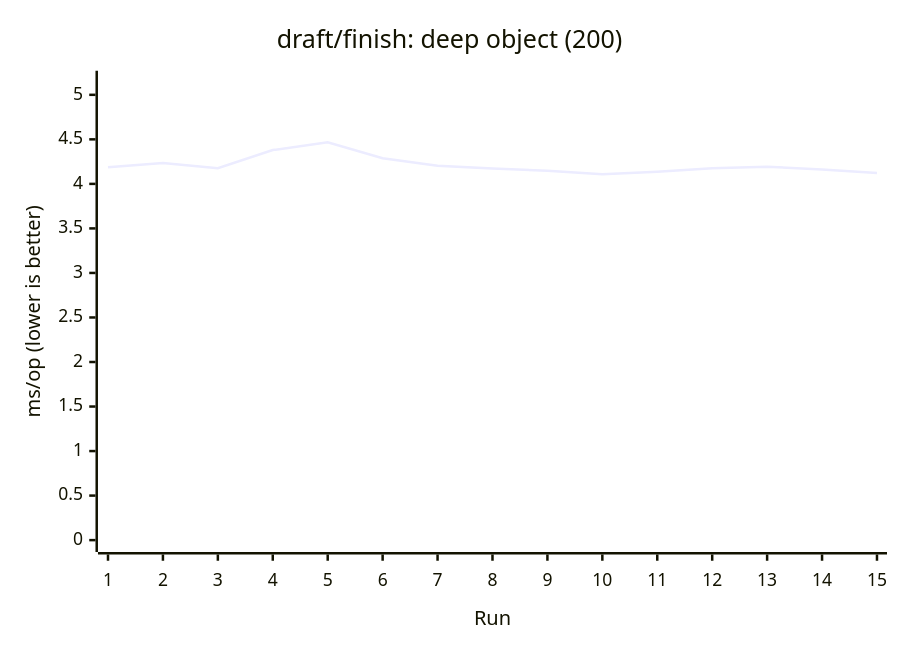
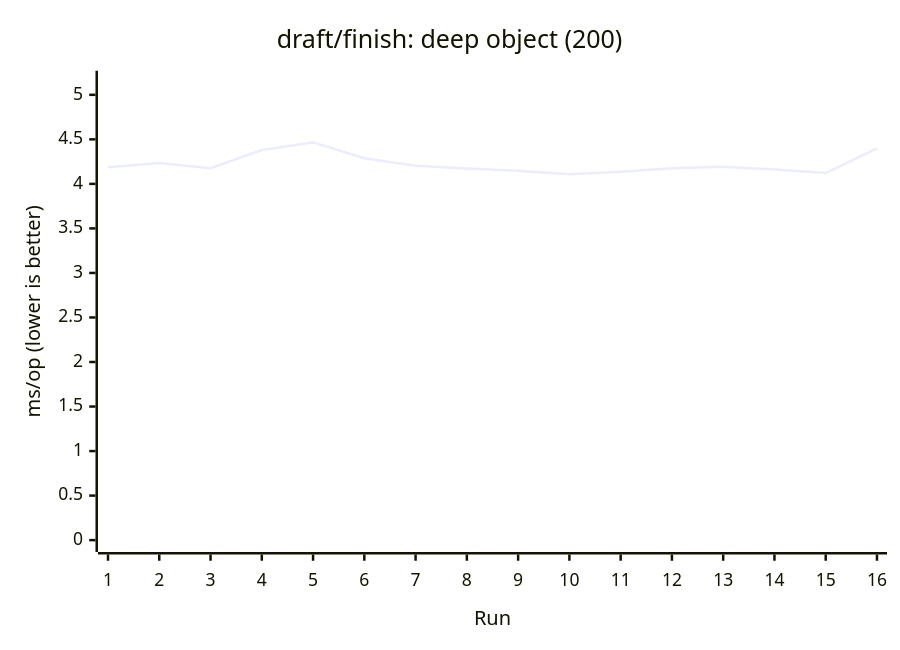
One commit to AIluffy/io changed the seventh of 17 diagrams in apps/docs/src/content/docs/en/guides/benchmark.mdx. Above: the diagram before and after it, drawn with Mermaid. The commit also changed other lines of this file and 25 other files, not shown here.

````diff
--- a/apps/docs/src/content/docs/en/guides/benchmark.mdx
+++ b/apps/docs/src/content/docs/en/guides/benchmark.mdx
@@ -283,7 +266,7 @@
 ```mermaid
 xychart-beta
   title "draft/finish: deep object (200)"
-  x-axis "Run" [1, 2, 3, 4, 5, 6, 7, 8, 9, 10, 11, 12, 13, 14, 15]
+  x-axis "Run" [1, 2, 3, 4, 5, 6, 7, 8, 9, 10, 11, 12, 13, 14, 15, 16]
   y-axis "ms/op (lower is better)" 0 --> 5.1369
-  line [4.1858, 4.2331, 4.1749, 4.3797, 4.4669, 4.2879, 4.2048, 4.1722, 4.1463, 4.107, 4.135, 4.1764, 4.1937, 4.1622, 4.1215]
+  line [4.1858, 4.2331, 4.1749, 4.3797, 4.4669, 4.2879, 4.2048, 4.1722, 4.1463, 4.107, 4.135, 4.1764, 4.1937, 4.1622, 4.1215, 4.3975]
 ```
````
